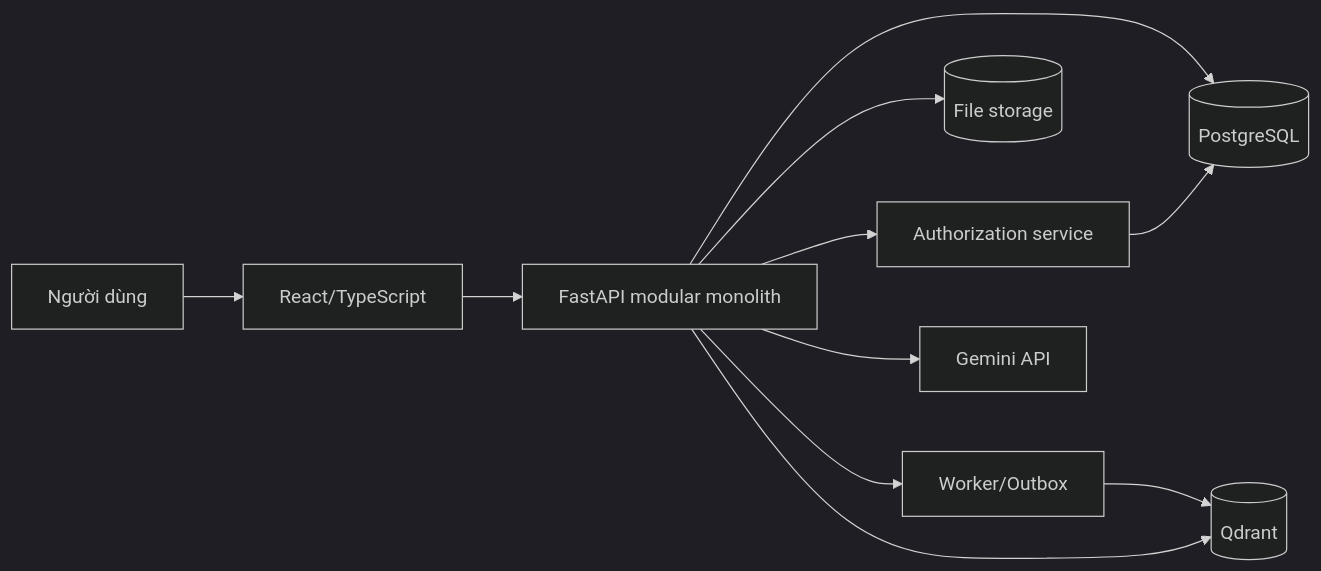
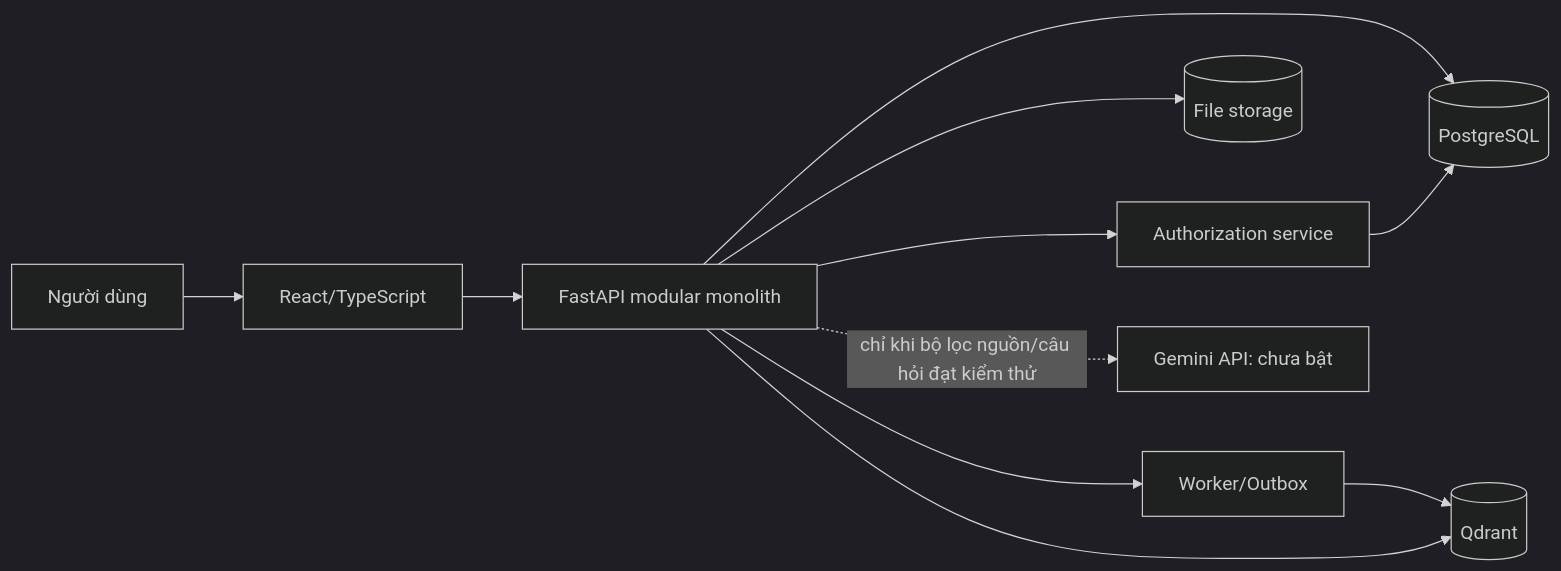
Before and after one commit to MingJien/kltn-management-ai: the first of 2 diagrams in docs/design/architecture.md, drawn with Mermaid (dark theme). The commit also changed other lines of this file and 93 other files, not shown here.

```diff
--- a/docs/design/architecture.md
+++ b/docs/design/architecture.md
@@ -31,13 +31,13 @@
 ~~~mermaid
 flowchart LR
   U["Người dùng"] --> FE["React/TypeScript"]
   FE --> API["FastAPI modular monolith"]
   API --> AUTH["Authorization service"]
   API --> PG[(PostgreSQL)]
   API --> FS[(File storage)]
   API --> JOB["Worker/Outbox"]
   JOB --> QD[(Qdrant)]
   API --> QD
-  API --> GM["Gemini API"]
+  API -.->|chỉ khi bộ lọc nguồn/câu hỏi đạt kiểm thử| GM["Gemini API: chưa bật"]
   AUTH --> PG
 ~~~
```
